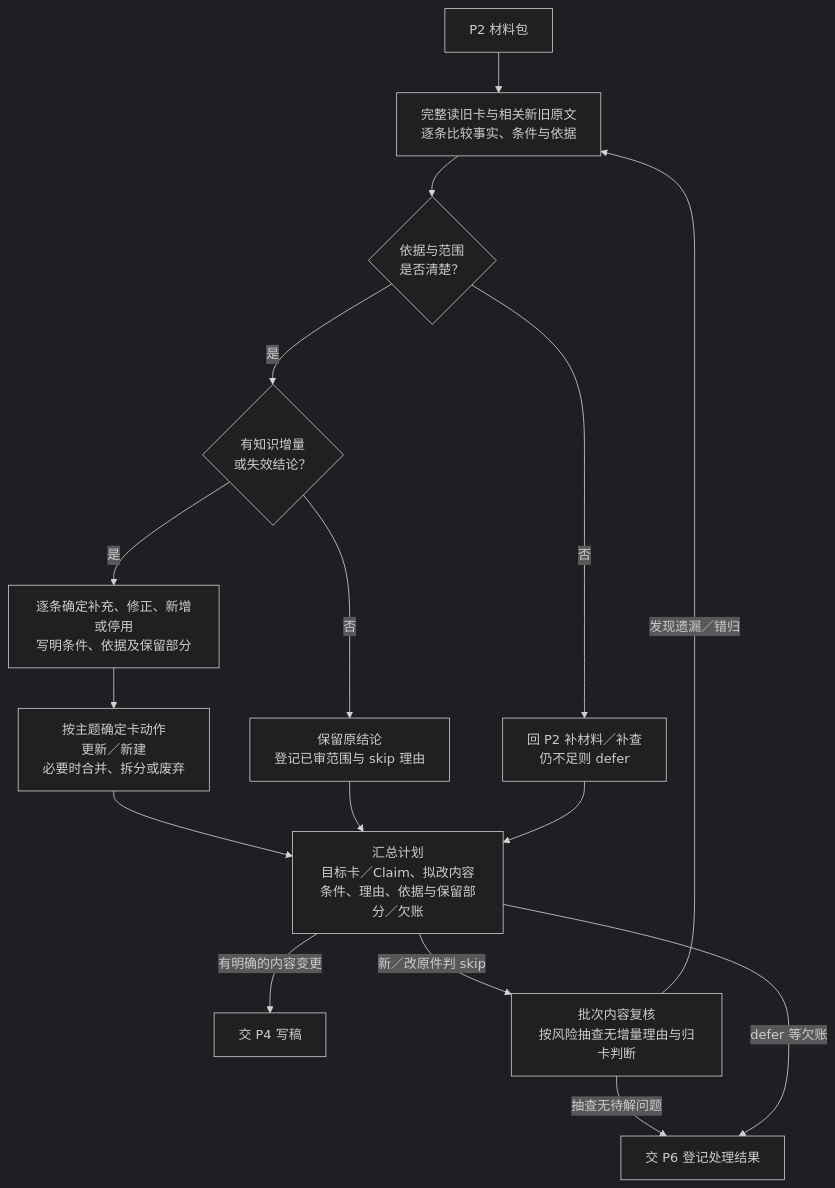
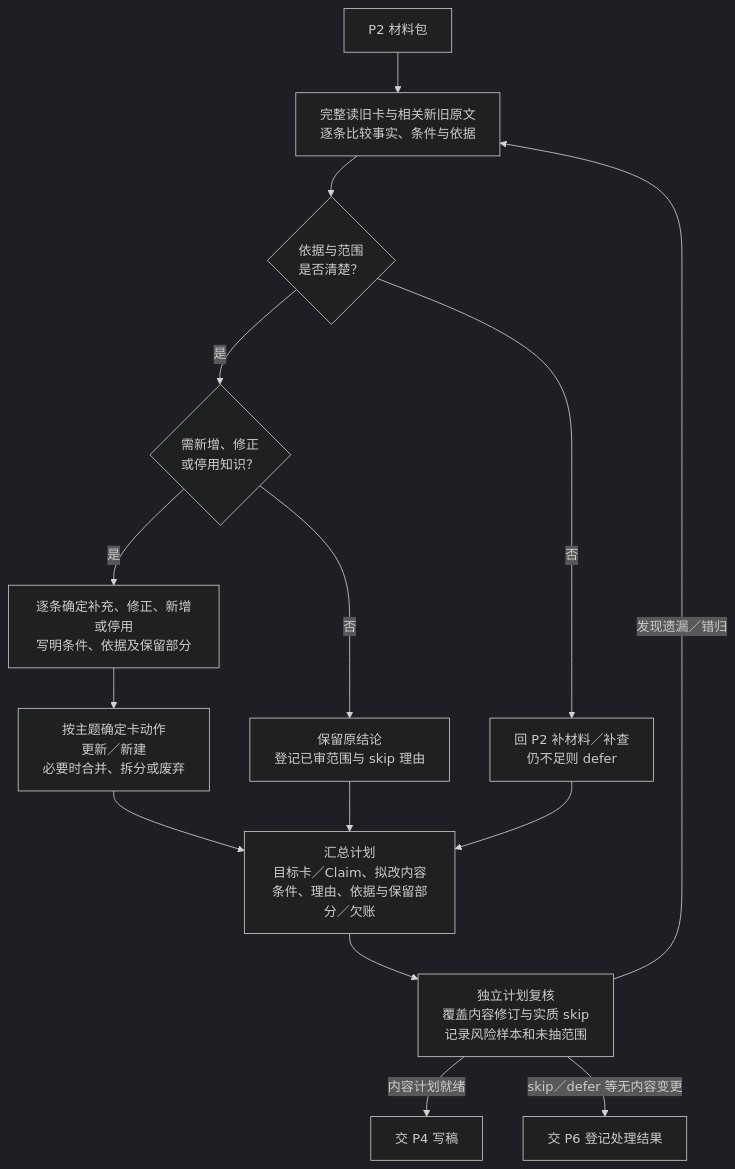
Diagram 11 of 20 in aiotbot-knowledge-wifi-mp/docs-llm-wiki/知识库详细设计.md (Robin-hhc/FactumCore), drawn with Mermaid (dark theme) before and after one commit. The commit also changed other lines of this file and 115 other files, not shown here.

````diff
--- a/aiotbot-knowledge-wifi-mp/docs-llm-wiki/知识库详细设计.md
+++ b/aiotbot-knowledge-wifi-mp/docs-llm-wiki/知识库详细设计.md
@@ -465,18 +473,17 @@
 ```mermaid
 flowchart TD
     MAT["P2 材料包"] --> READ["完整读旧卡与相关新旧原文<br/>逐条比较事实、条件与依据"]
     READ --> ENOUGH{"依据与范围<br/>是否清楚？"}
     ENOUGH -->|"否"| GAP["回 P2 补材料／补查<br/>仍不足则 defer"]
-    ENOUGH -->|"是"| CHANGE{"有知识增量<br/>或失效结论？"}
+    ENOUGH -->|"是"| CHANGE{"需新增、修正<br/>或停用知识？"}
     CHANGE -->|"否"| KEEP["保留原结论<br/>登记已审范围与 skip 理由"]
     CHANGE -->|"是"| CLAIM["逐条确定补充、修正、新增或停用<br/>写明条件、依据及保留部分"]
     CLAIM --> CARD["按主题确定卡动作<br/>更新／新建<br/>必要时合并、拆分或废弃"]
     CARD --> PLAN["汇总计划<br/>目标卡／Claim、拟改内容<br/>条件、理由、依据与保留部分／欠账"]
     KEEP --> PLAN
     GAP --> PLAN
-    PLAN -->|"有明确的内容变更"| P4["交 P4 写稿"]
-    PLAN -->|"新／改原件判 skip"| SKIPREVIEW["批次内容复核<br/>按风险抽查无增量理由与归卡判断"]
-    SKIPREVIEW -->|"发现遗漏／错归"| READ
-    SKIPREVIEW -->|"抽查无待解问题"| P6["交 P6 登记处理结果"]
-    PLAN -->|"defer 等欠账"| P6
+    PLAN --> REVIEW["独立计划复核<br/>覆盖内容修订与实质 skip<br/>记录风险样本和未抽范围"]
+    REVIEW -->|"发现遗漏／错归"| READ
+    REVIEW -->|"内容计划就绪"| P4["交 P4 写稿"]
+    REVIEW -->|"skip／defer 等无内容变更"| P6["交 P6 登记处理结果"]
 ```
````
